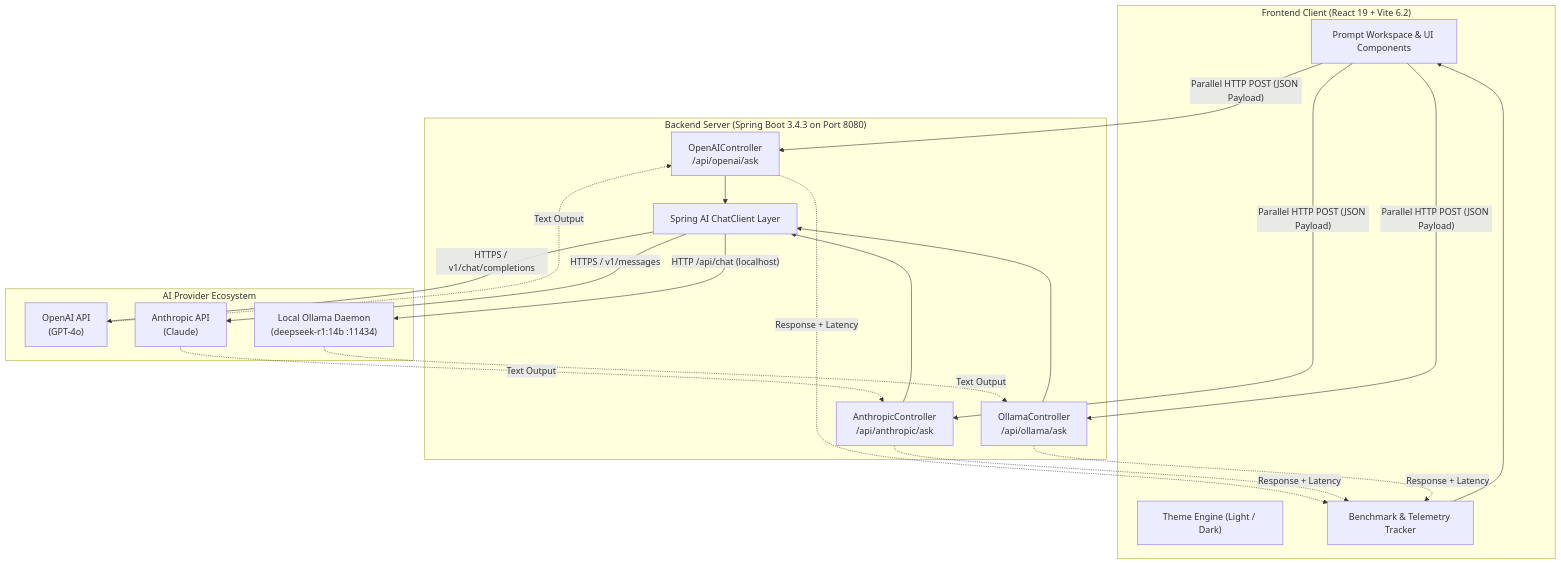
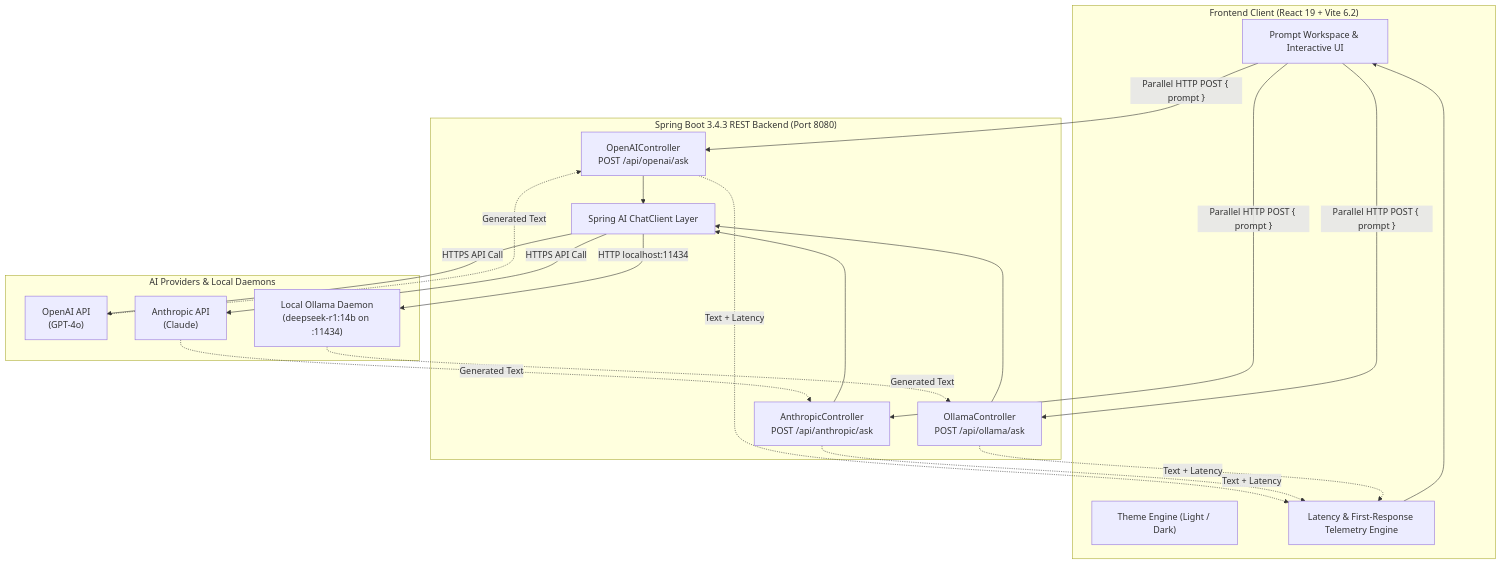
The first of 2 diagrams in README.md (Md-Asfin/Spring-AI-Studio), drawn with Mermaid before and after one commit. The commit also changed other lines of this file, not shown here.

Commit message:
docs: add comprehensive backend deployment and developer architecture documentation

````diff
--- a/README.md
+++ b/README.md
@@ -129,43 +154,43 @@
 ```mermaid
 flowchart TD
     subgraph Client["Frontend Client (React 19 + Vite 6.2)"]
-        UI["Prompt Workspace & UI Components"]
+        UI["Prompt Workspace & Interactive UI"]
         Theme["Theme Engine (Light / Dark)"]
-        Benchmark["Benchmark & Telemetry Tracker"]
+        Tracker["Latency & First-Response Telemetry Engine"]
     end
 
-    subgraph Server["Backend Server (Spring Boot 3.4.3 on Port 8080)"]
-        C_OpenAI["OpenAIController\n/api/openai/ask"]
-        C_Anthropic["AnthropicController\n/api/anthropic/ask"]
-        C_Ollama["OllamaController\n/api/ollama/ask"]
+    subgraph Server["Spring Boot 3.4.3 REST Backend (Port 8080)"]
+        OpenAICtrl["OpenAIController\nPOST /api/openai/ask"]
+        AnthropicCtrl["AnthropicController\nPOST /api/anthropic/ask"]
+        OllamaCtrl["OllamaController\nPOST /api/ollama/ask"]
         
-        ChatClient["Spring AI ChatClient Layer"]
+        ChatClientLayer["Spring AI ChatClient Layer"]
     end
 
-    subgraph Providers["AI Provider Ecosystem"]
-        P_OpenAI["OpenAI API\n(GPT-4o)"]
-        P_Anthropic["Anthropic API\n(Claude)"]
-        P_Ollama["Local Ollama Daemon\n(deepseek-r1:14b :11434)"]
+    subgraph External["AI Providers & Local Daemons"]
+        OpenAISvc["OpenAI API\n(GPT-4o)"]
+        AnthropicSvc["Anthropic API\n(Claude)"]
+        OllamaDaemon["Local Ollama Daemon\n(deepseek-r1:14b on :11434)"]
     end
 
-    UI -->|"Parallel HTTP POST (JSON Payload)"| C_OpenAI
-    UI -->|"Parallel HTTP POST (JSON Payload)"| C_Anthropic
-    UI -->|"Parallel HTTP POST (JSON Payload)"| C_Ollama
+    UI -->|"Parallel HTTP POST { prompt }"| OpenAICtrl
+    UI -->|"Parallel HTTP POST { prompt }"| AnthropicCtrl
+    UI -->|"Parallel HTTP POST { prompt }"| OllamaCtrl
 
-    C_OpenAI --> ChatClient
-    C_Anthropic --> ChatClient
-    C_Ollama --> ChatClient
+    OpenAICtrl --> ChatClientLayer
+    AnthropicCtrl --> ChatClientLayer
+    OllamaCtrl --> ChatClientLayer
 
-    ChatClient -->|"HTTPS / v1/chat/completions"| P_OpenAI
-    ChatClient -->|"HTTPS / v1/messages"| P_Anthropic
-    ChatClient -->|"HTTP /api/chat (localhost)"| P_Ollama
+    ChatClientLayer -->|"HTTPS API Call"| OpenAISvc
+    ChatClientLayer -->|"HTTPS API Call"| AnthropicSvc
+    ChatClientLayer -->|"HTTP localhost:11434"| OllamaDaemon
 
-    P_OpenAI -.->|"Text Output"| C_OpenAI
-    P_Anthropic -.->|"Text Output"| C_Anthropic
-    P_Ollama -.->|"Text Output"| C_Ollama
+    OpenAISvc -.->|"Generated Text"| OpenAICtrl
+    AnthropicSvc -.->|"Generated Text"| AnthropicCtrl
+    OllamaDaemon -.->|"Generated Text"| OllamaCtrl
 
-    C_OpenAI -.->|"Response + Latency"| Benchmark
-    C_Anthropic -.->|"Response + Latency"| Benchmark
-    C_Ollama -.->|"Response + Latency"| Benchmark
-    Benchmark --> UI
+    OpenAICtrl -.->|"Text + Latency"| Tracker
+    AnthropicCtrl -.->|"Text + Latency"| Tracker
+    OllamaCtrl -.->|"Text + Latency"| Tracker
+    Tracker --> UI
 ```
````
